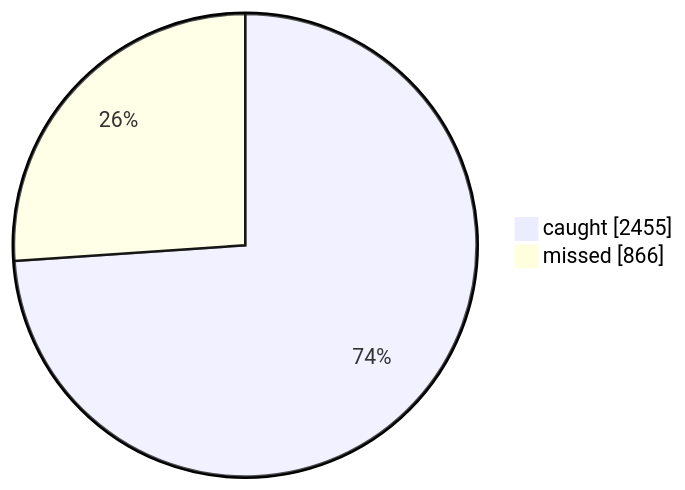
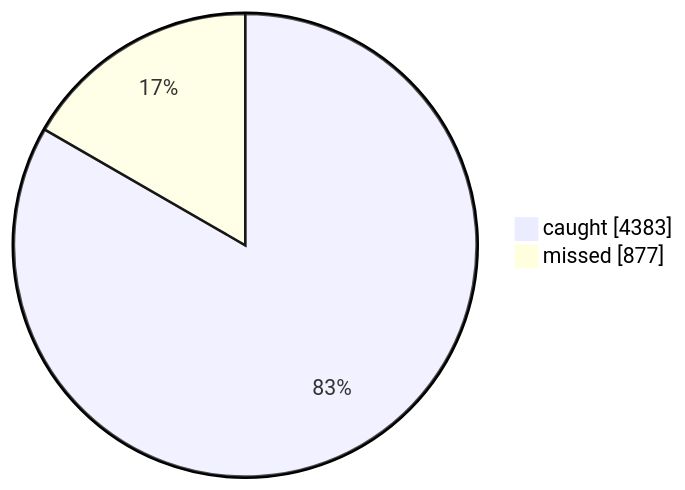
One commit to YotamEviatar-stu/Predict-Dropout changed the fourth of 4 diagrams in README.md. Above: the diagram before and after it, drawn with Mermaid. The commit also changed other lines of this file and 16395 other files, not shown here.

````diff
--- a/README.md
+++ b/README.md
@@ -24,5 +47,5 @@
 ```mermaid
 pie showData
-    "caught" : 2455
-    "missed" : 866
+    "caught" : 4383
+    "missed" : 877
 ```
````
